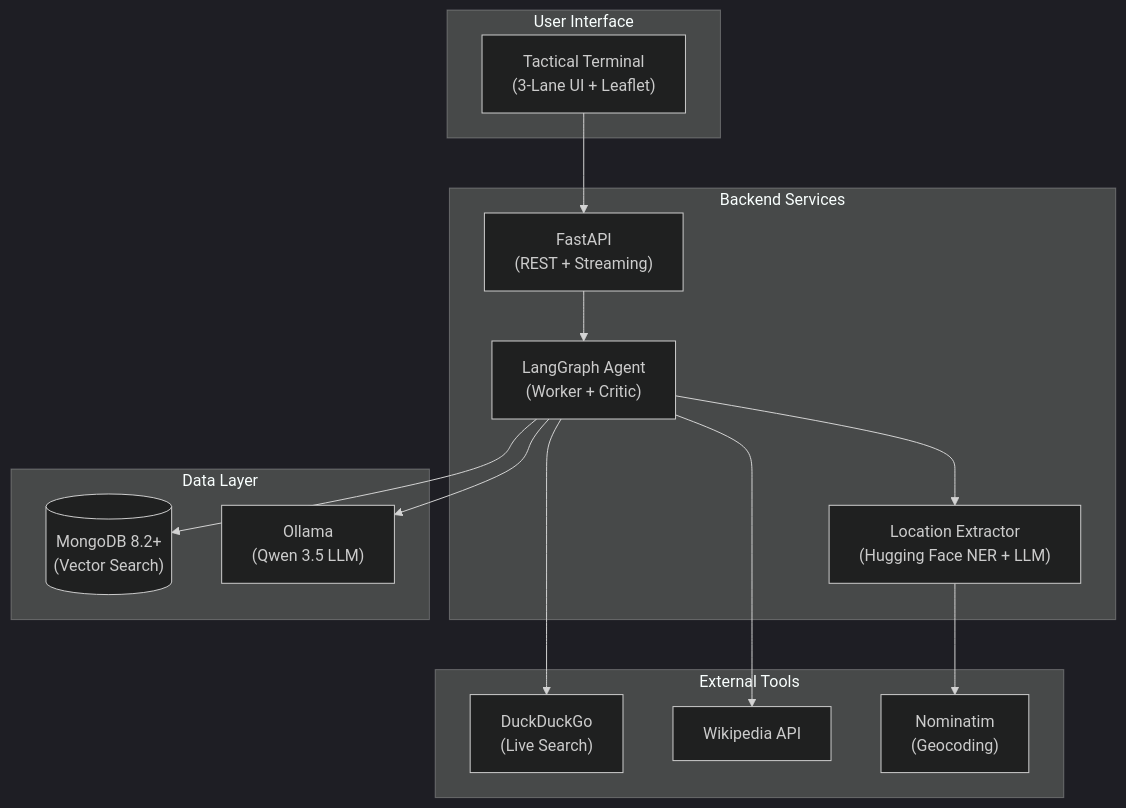
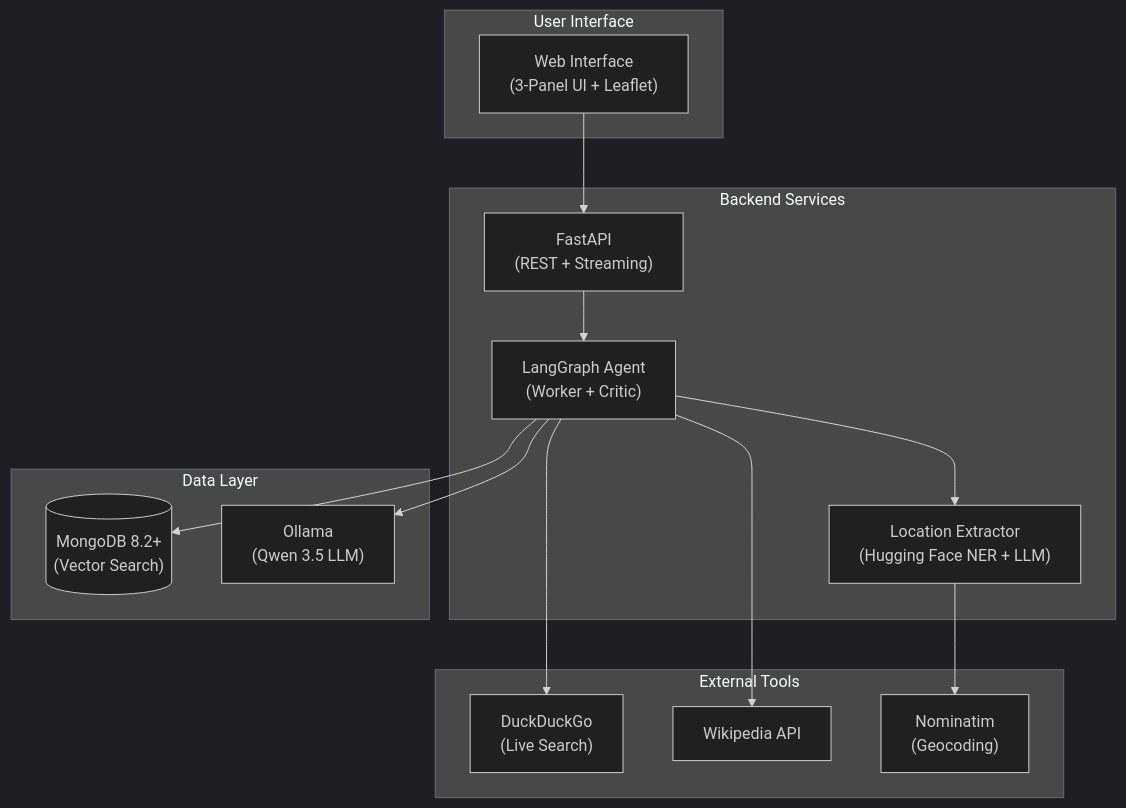
The diagram in README.md (fbaierl/geo-vision-lab), drawn with Mermaid before and after one commit. The commit also changed other lines of this file and 4 other files, not shown here.

````diff
--- a/README.md
+++ b/README.md
@@ -39,33 +40,33 @@
 ```mermaid
 %%{init: {'theme': 'dark'}}%%
 graph TB
     subgraph User["User Interface"]
-        UI["Tactical Terminal<br/>(3-Lane UI + Leaflet)"]
+        UI["Web Interface<br/>(3-Panel UI + Leaflet)"]
     end
 
     subgraph Backend["Backend Services"]
         API["FastAPI<br/>(REST + Streaming)"]
         AGENT["LangGraph Agent<br/>(Worker + Critic)"]
         LOC["Location Extractor<br/>(Hugging Face NER + LLM)"]
     end
 
     subgraph Data["Data Layer"]
         MDB[("MongoDB 8.2+<br/>(Vector Search)")]
         OL["Ollama<br/>(Qwen 3.5 LLM)"]
     end
 
     subgraph Tools["External Tools"]
         WEB["DuckDuckGo<br/>(Live Search)"]
         WIKI["Wikipedia API"]
         NOM["Nominatim<br/>(Geocoding)"]
     end
 
     UI --> API
     API --> AGENT
     AGENT --> MDB
     AGENT --> OL
     AGENT --> WEB
     AGENT --> WIKI
     AGENT --> LOC
     LOC --> NOM
 ```
````
